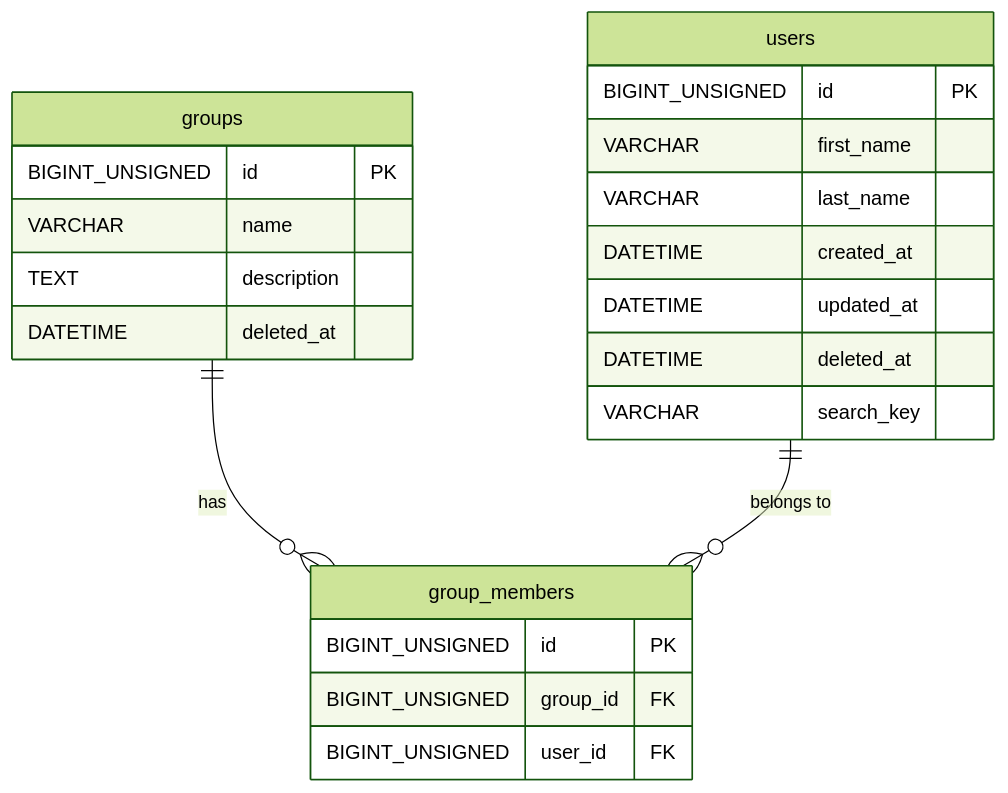
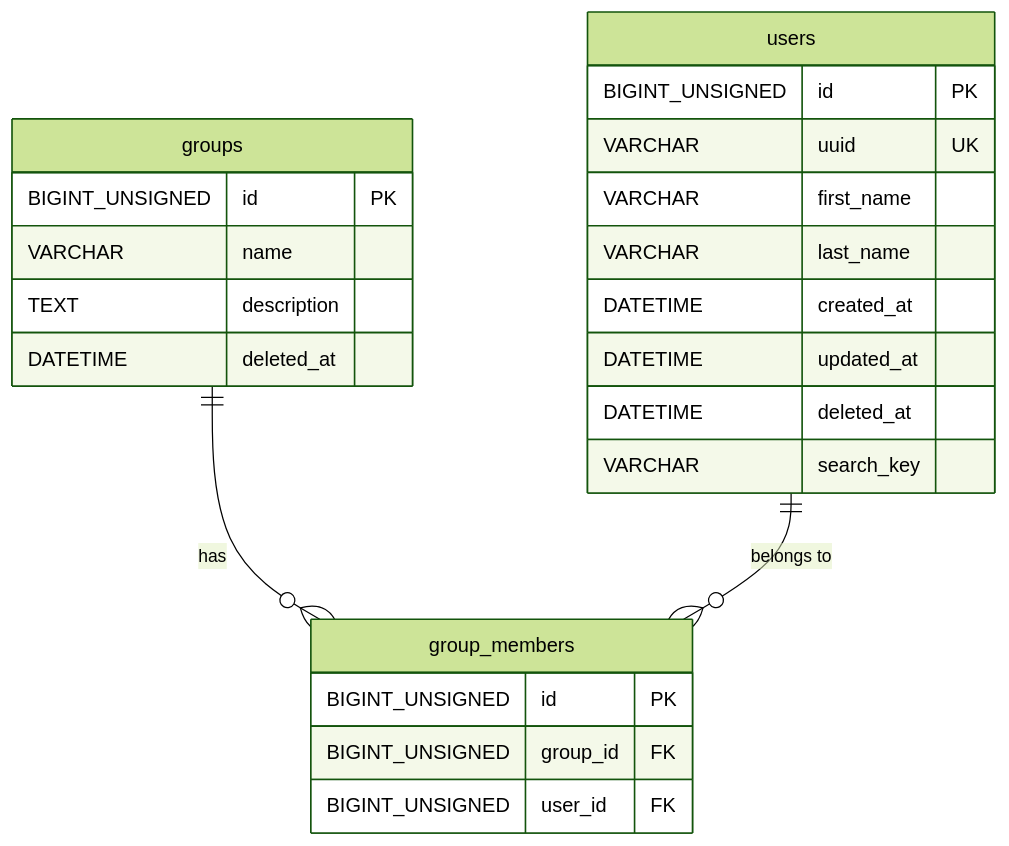
Before and after one commit to hrk-m/spec-to-dev-workflow: the diagram in plans/schema.md, drawn with Mermaid (forest theme). The commit also changed other lines of this file and 53 other files, not shown here.

````diff
--- a/plans/schema.md
+++ b/plans/schema.md
@@ -206,25 +208,26 @@
 ```mermaid
 erDiagram
     groups {
         BIGINT_UNSIGNED id PK
         VARCHAR name
         TEXT description
         DATETIME deleted_at
     }
     group_members {
         BIGINT_UNSIGNED id PK
         BIGINT_UNSIGNED group_id FK
         BIGINT_UNSIGNED user_id FK
     }
     users {
         BIGINT_UNSIGNED id PK
+        VARCHAR uuid UK
         VARCHAR first_name
         VARCHAR last_name
         DATETIME created_at
         DATETIME updated_at
         DATETIME deleted_at
         VARCHAR search_key
     }
     groups ||--o{ group_members : "has"
     users ||--o{ group_members : "belongs to"
 ```
````
